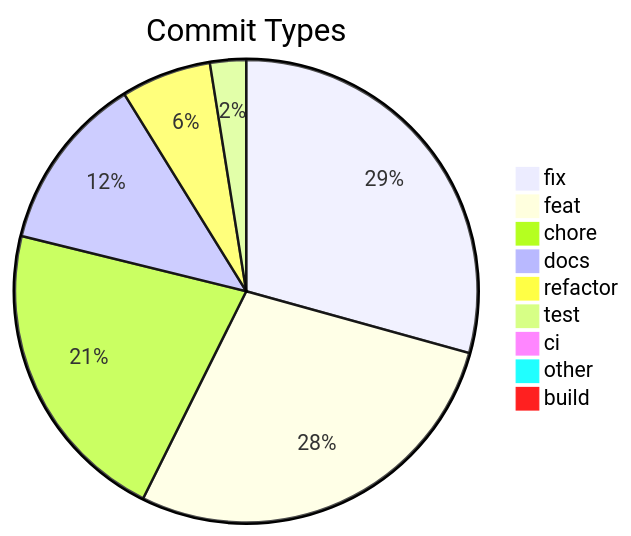
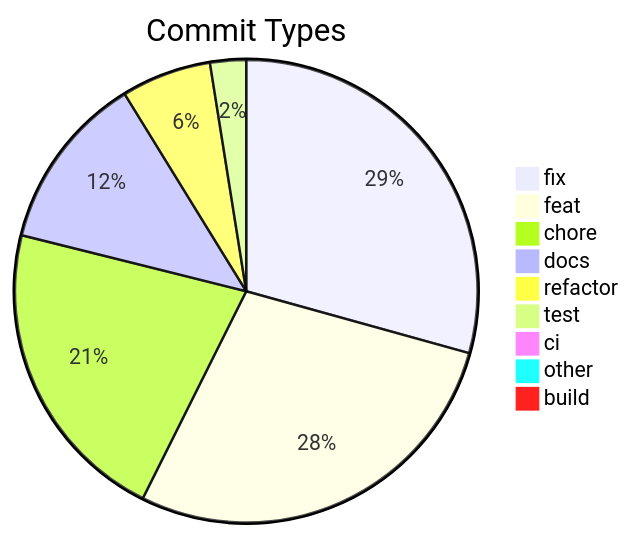
One commit to svenroth-ai/shipwright changed the diagram in .shipwright/compliance/change-history.md. Above: the diagram before and after it, drawn with Mermaid. The commit also changed other lines of this file and 8 other files, not shown here.

````diff
--- a/.shipwright/compliance/change-history.md
+++ b/.shipwright/compliance/change-history.md
@@ -8,12 +8,12 @@
 ```mermaid
 pie title Commit Types
-    "fix" : 349
-    "feat" : 334
-    "chore" : 256
+    "fix" : 350
+    "feat" : 335
+    "chore" : 257
     "docs" : 147
     "refactor" : 75
     "test" : 30
     "ci" : 11
     "other" : 9
     "build" : 1
 ```
````
